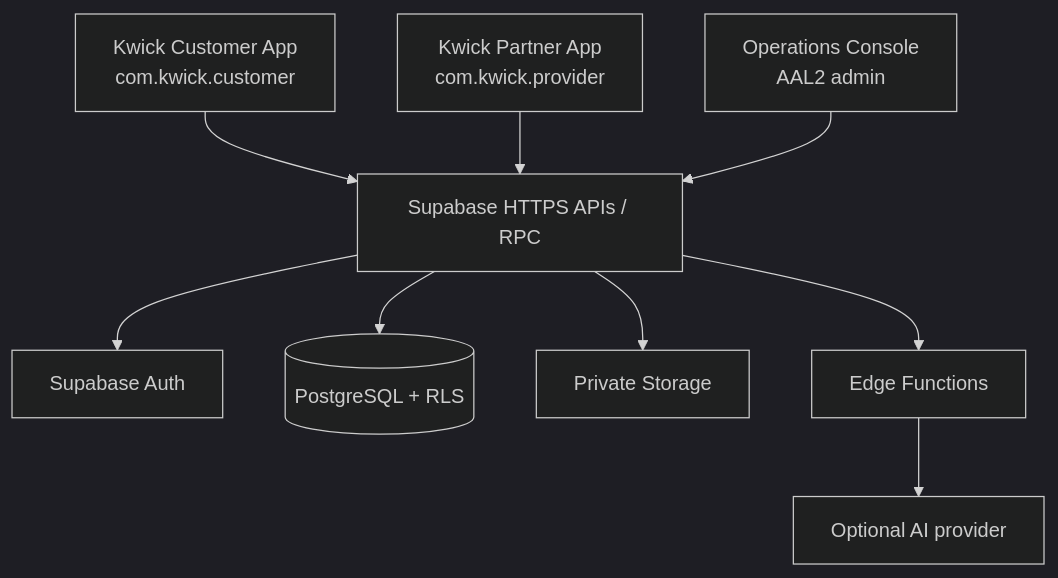
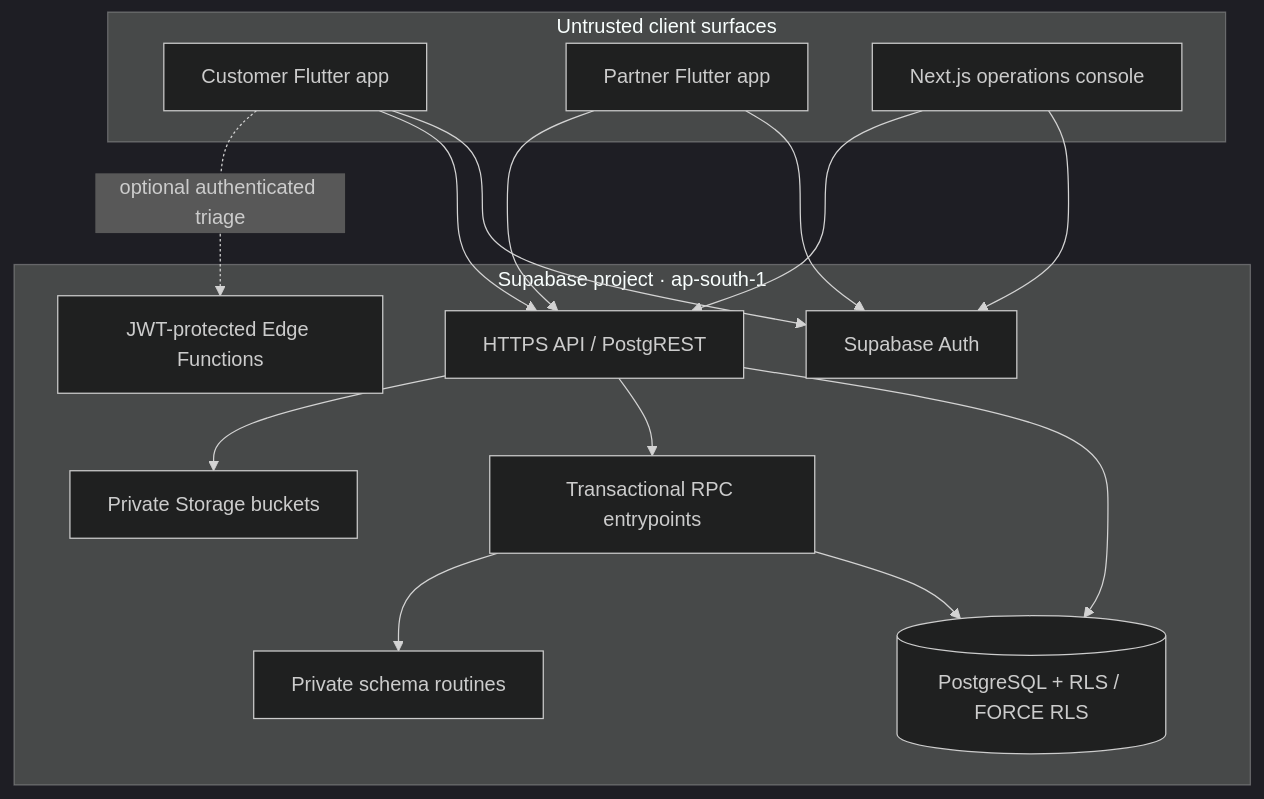
Before and after one commit to PSP-YN/Kwick: the diagram in docs/ARCHITECTURE.md, drawn with Mermaid (dark theme). The commit also changed other lines of this file and 11 other files, not shown here.

Commit message:
docs(kwick): rebrand repository and publish architecture

````diff
--- a/docs/ARCHITECTURE.md
+++ b/docs/ARCHITECTURE.md
@@ -15,11 +21,29 @@
 ```mermaid
 flowchart TB
-  C[Kwick Customer App\ncom.kwick.customer] --> API[Supabase HTTPS APIs / RPC]
-  P[Kwick Partner App\ncom.kwick.provider] --> API
-  O[Operations Console\nAAL2 admin] --> API
-  API --> AUTH[Supabase Auth]
-  API --> DB[(PostgreSQL + RLS)]
-  API --> STORE[Private Storage]
-  API --> EDGE[Edge Functions]
-  EDGE --> AI[Optional AI provider]
+  subgraph Apps[Untrusted client surfaces]
+    Customer[Customer Flutter app]
+    Partner[Partner Flutter app]
+    Admin[Next.js operations console]
+  end
+  subgraph Supabase[Supabase project · ap-south-1]
+    Auth[Supabase Auth]
+    Rest[HTTPS API / PostgREST]
+    RLS[(PostgreSQL + RLS / FORCE RLS)]
+    Tx[Transactional RPC entrypoints]
+    Priv[Private schema routines]
+    Files[Private Storage buckets]
+    Edge[JWT-protected Edge Functions]
+  end
+  Customer --> Auth
+  Partner --> Auth
+  Admin --> Auth
+  Customer --> Rest
+  Partner --> Rest
+  Admin --> Rest
+  Rest --> RLS
+  Rest --> Tx
+  Tx --> RLS
+  Tx --> Priv
+  Rest --> Files
+  Customer -. optional authenticated triage .-> Edge
 ```
````
